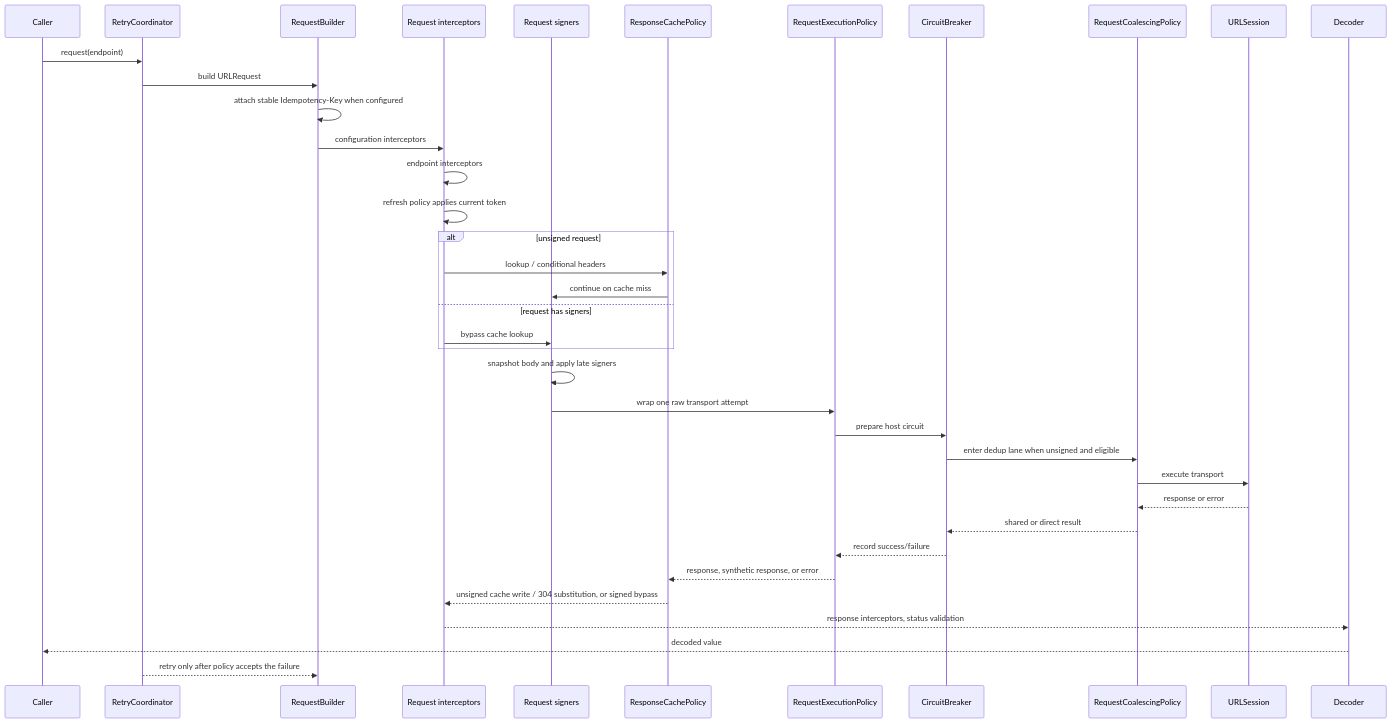
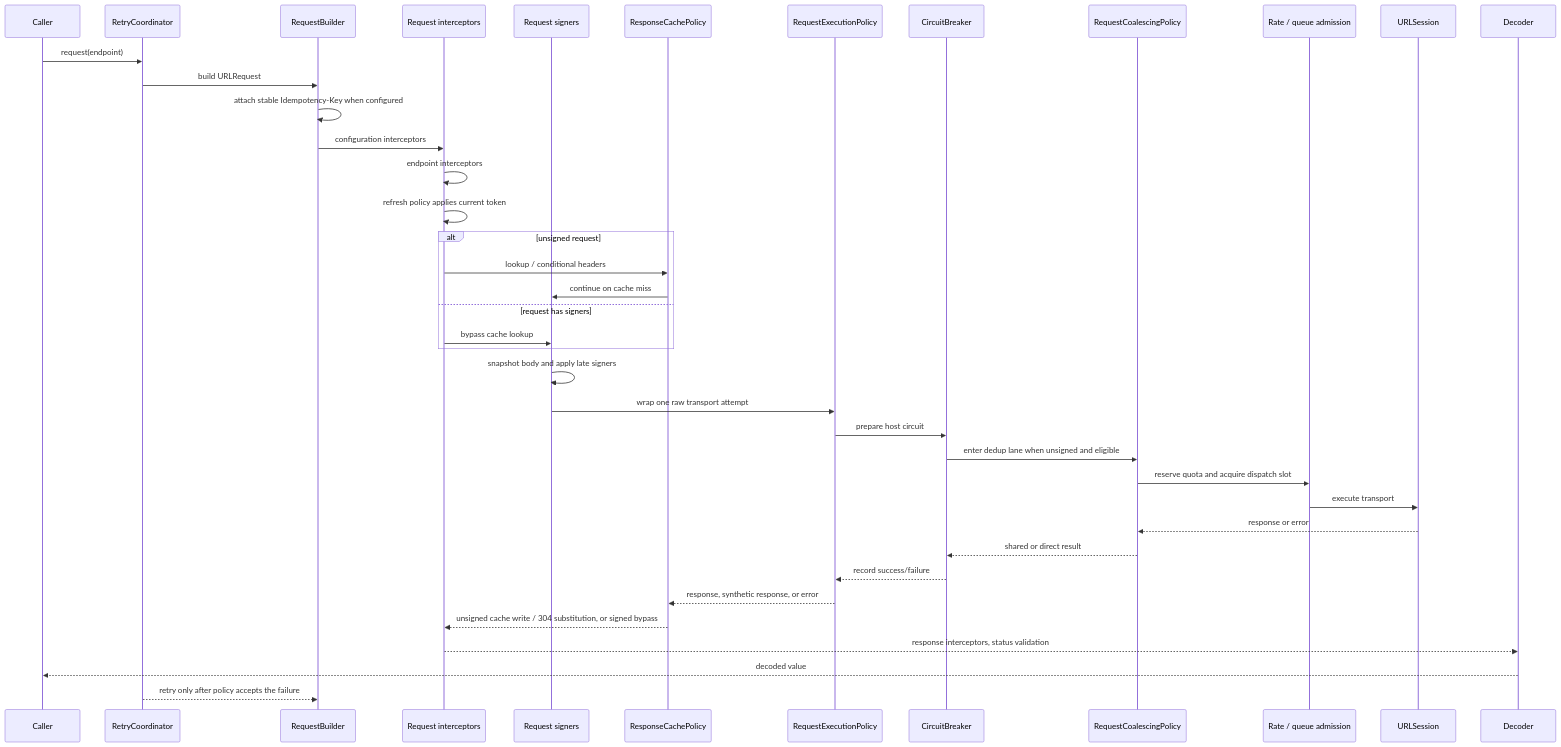
The diagram in docs/PolicyInteractions.md (InnoSquadCorp/InnoNetwork), drawn with Mermaid before and after one commit. The commit also changed other lines of this file and 17 other files, not shown here.

````diff
--- a/docs/PolicyInteractions.md
+++ b/docs/PolicyInteractions.md
@@ -9,40 +15,42 @@
 ```mermaid
 sequenceDiagram
     participant Caller
     participant Retry as RetryCoordinator
     participant Build as RequestBuilder
     participant Adapt as Request interceptors
     participant Sign as Request signers
     participant Cache as ResponseCachePolicy
     participant Custom as RequestExecutionPolicy
     participant CB as CircuitBreaker
     participant Coal as RequestCoalescingPolicy
+    participant Admit as Rate / queue admission
     participant Transport as URLSession
     participant Decode as Decoder
 
     Caller->>Retry: request(endpoint)
     Retry->>Build: build URLRequest
     Build->>Build: attach stable Idempotency-Key when configured
     Build->>Adapt: configuration interceptors
     Adapt->>Adapt: endpoint interceptors
     Adapt->>Adapt: refresh policy applies current token
     alt unsigned request
         Adapt->>Cache: lookup / conditional headers
         Cache->>Sign: continue on cache miss
     else request has signers
         Adapt->>Sign: bypass cache lookup
     end
     Sign->>Sign: snapshot body and apply late signers
     Sign->>Custom: wrap one raw transport attempt
     Custom->>CB: prepare host circuit
     CB->>Coal: enter dedup lane when unsigned and eligible
-    Coal->>Transport: execute transport
+    Coal->>Admit: reserve quota and acquire dispatch slot
+    Admit->>Transport: execute transport
     Transport-->>Coal: response or error
     Coal-->>CB: shared or direct result
     CB-->>Custom: record success/failure
     Custom-->>Cache: response, synthetic response, or error
     Cache-->>Adapt: unsigned cache write / 304 substitution, or signed bypass
     Adapt-->>Decode: response interceptors, status validation
     Decode-->>Caller: decoded value
     Retry-->>Build: retry only after policy accepts the failure
 ```
````
